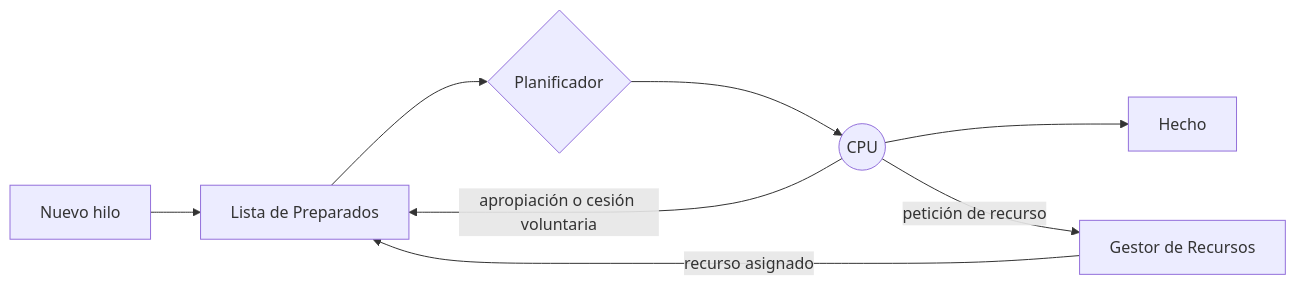
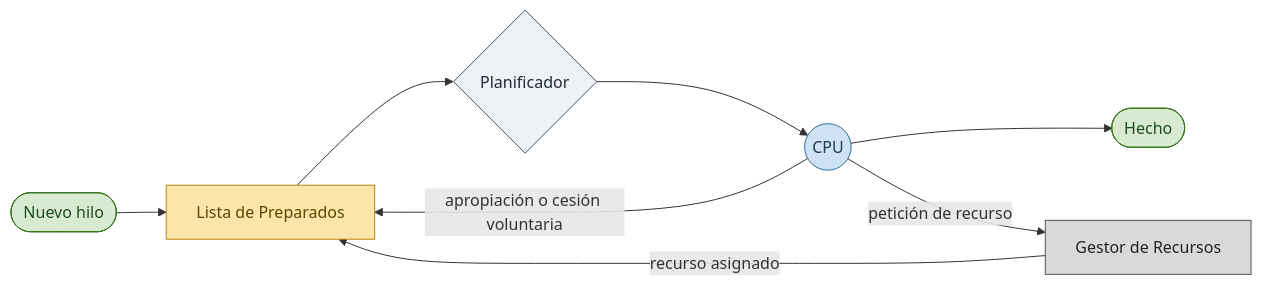
Before and after one commit to asiermarzo/ssoo: the first of 6 diagrams in TEORIA/04-planificacion-de-procesos/README.md, drawn with Mermaid. The commit also changed other lines of this file and 25 other files, not shown here.

Commit message:
refinado de diagramas mermaid y svg

````diff
--- a/TEORIA/04-planificacion-de-procesos/README.md
+++ b/TEORIA/04-planificacion-de-procesos/README.md
@@ -24,10 +24,22 @@
 ```mermaid
 flowchart LR
-    NEW["Nuevo hilo"] --> LP[Lista de Preparados]
+    NEW(["Nuevo hilo"]) --> LP[Lista de Preparados]
     LP --> PL{Planificador}
     PL --> CPU((CPU))
-    CPU --> HECHO["Hecho"]
+    CPU --> HECHO(["Hecho"])
     CPU -->|petición de recurso| GR[Gestor de Recursos]
     GR -->|recurso asignado| LP
     CPU -->|apropiación o cesión voluntaria| LP
+
+    classDef inicio fill:#d9ead3,stroke:#38761d,color:#1b4d1b;
+    classDef cola fill:#fce5a8,stroke:#b8860b,color:#5c4600;
+    classDef decision fill:#eef2f7,stroke:#475569,color:#1f2937;
+    classDef cpu fill:#cfe2f3,stroke:#2b6f99,color:#1b3a4b;
+    classDef recurso fill:#d9d9d9,stroke:#555555,color:#222222;
+    class NEW inicio;
+    class HECHO inicio;
+    class LP cola;
+    class PL decision;
+    class CPU cpu;
+    class GR recurso;
 ```
````
